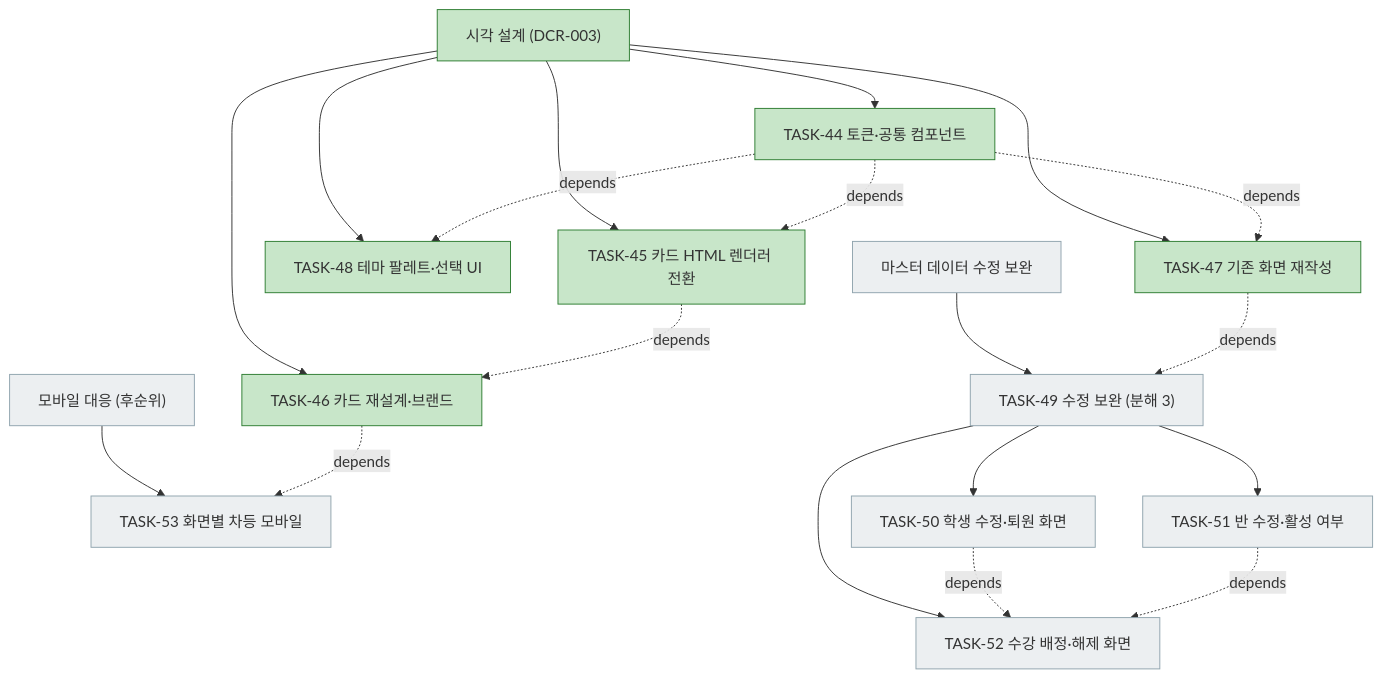
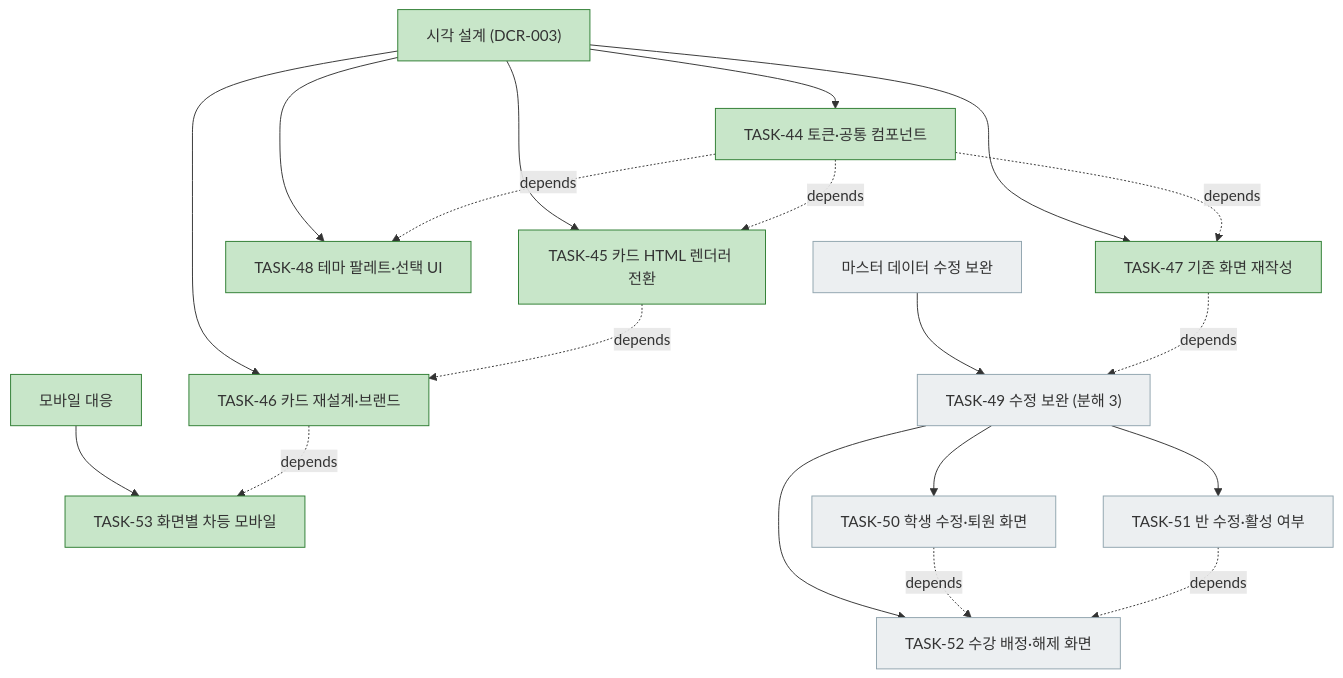
The fourth of 4 diagrams in docs/plan.md (bluesky5008/mathdesk), drawn with Mermaid before and after one commit. The commit also changed other lines of this file and 8 other files, not shown here.

First line of the commit message:
feat(web): TASK-53 화면별 차등 모바일 대응

````diff
--- a/docs/plan.md
+++ b/docs/plan.md
@@ -223,27 +223,27 @@
 ```mermaid
 flowchart TD
     V["시각 설계 (DCR-003)"]:::done
     V --> T44["TASK-44 토큰·공통 컴포넌트"]:::done
     V --> T47["TASK-47 기존 화면 재작성"]:::done
     V --> T48["TASK-48 테마 팔레트·선택 UI"]:::done
     V --> T45["TASK-45 카드 HTML 렌더러 전환"]:::done
     V --> T46["TASK-46 카드 재설계·브랜드"]:::done
-    MO["모바일 대응 (후순위)"]:::todo
-    MO --> T53["TASK-53 화면별 차등 모바일"]:::todo
+    MO["모바일 대응"]:::done
+    MO --> T53["TASK-53 화면별 차등 모바일"]:::done
     T46 -. depends .-> T53
     M["마스터 데이터 수정 보완"]:::todo
     M --> T49["TASK-49 수정 보완 (분해 3)"]:::todo
     T49 --> T50["TASK-50 학생 수정·퇴원 화면"]:::todo
     T49 --> T51["TASK-51 반 수정·활성 여부"]:::todo
     T49 --> T52["TASK-52 수강 배정·해제 화면"]:::todo
     T44 -. depends .-> T47
     T44 -. depends .-> T48
     T44 -. depends .-> T45
     T45 -. depends .-> T46
     T47 -. depends .-> T49
     T50 -. depends .-> T52
     T51 -. depends .-> T52
     classDef done fill:#c8e6c9,stroke:#2e7d32
     classDef active fill:#fff9c4,stroke:#f9a825
     classDef todo fill:#eceff1,stroke:#90a4ae
 ```
````
